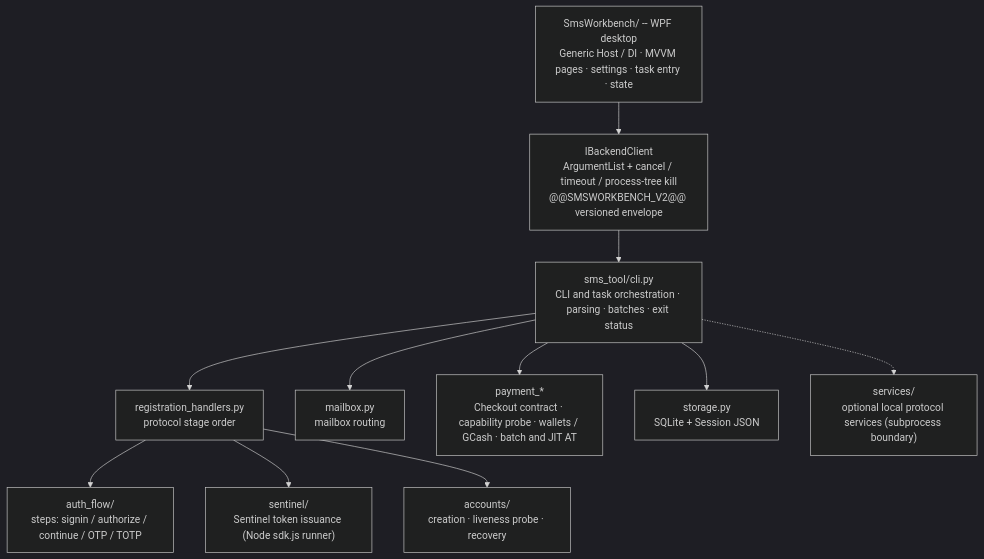
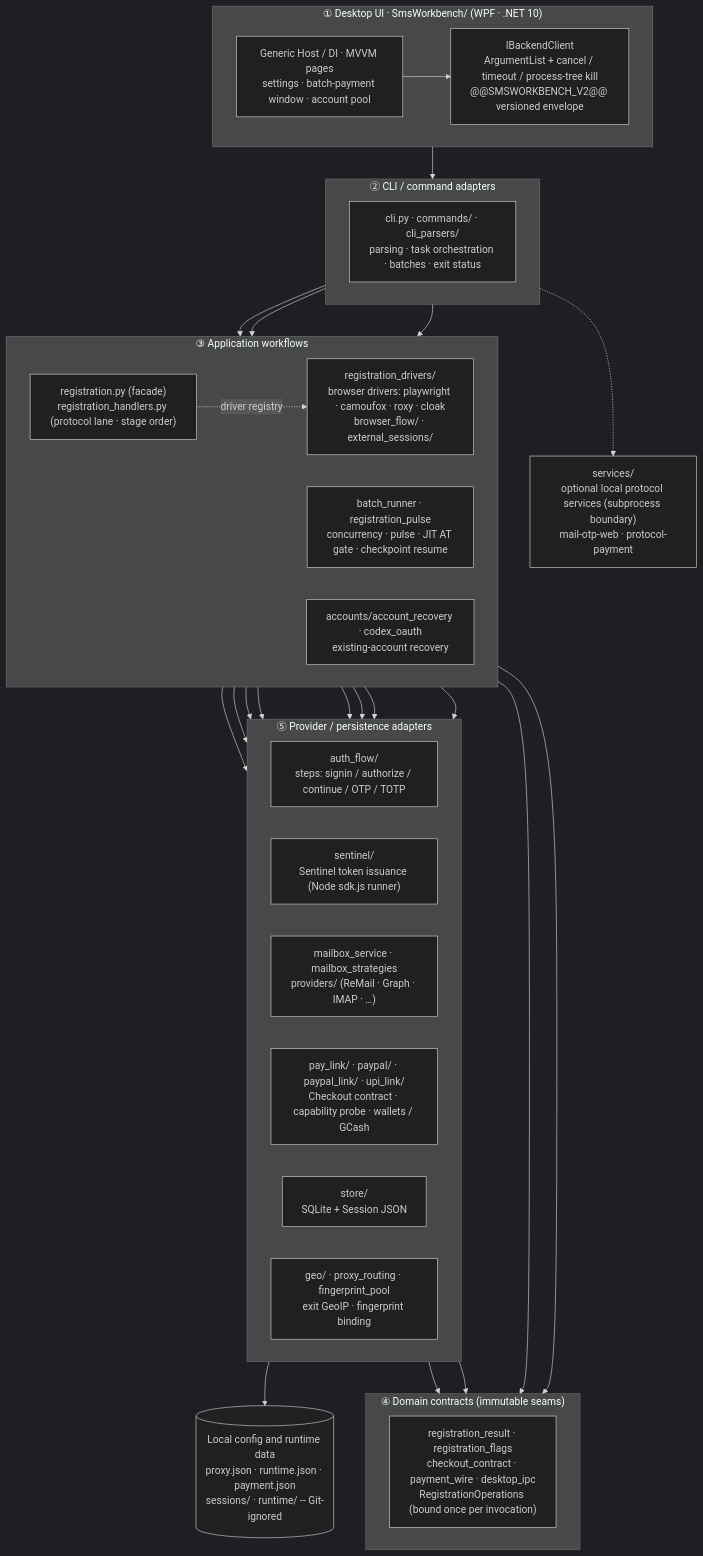
The diagram in README_EN.md (2951461586/GPT-Register-Tool), drawn with Mermaid (dark theme) before and after one commit. The commit also changed other lines of this file and 1 other file, not shown here.

Commit message:
docs(readme): rebuild the architecture overview as a five-layer diagram
The old diagram was a flat 11-node flowchart whose module names had drifted:
mailbox.py (now mailbox_service + mailbox_strategies + providers/), storage.py
(now store/), and a vague payment_* node.  It also omitted the browser driver
registry, the pay_link / paypal / paypal_link / upi_link split, geo + proxy
routing, the subprocess boundary for services/, and the Git-ignored local
state.

Replaced with a layered flowchart that mirrors docs/architecture.md's
"Dependency Direction" model -- UI -> CLI / command adapters -> application
workflows -> domain contracts -> provider / persistence adapters -- with one
subgraph per layer.  It now also shows the two registration lanes (protocol,
the built-in default, vs the browser drivers behind the registry), the
services/ subprocess boundary, and the local config/data that stays out of Git.
README.md and README_EN.md are updated in sync.

Verified: both diagrams parse through a mermaid parser with 0 warnings .
docs_consistency_scan (release pointer intact) . test_docs_consistency .
test_audit_index_completeness . line_ending_guard.

````diff
--- a/README_EN.md
+++ b/README_EN.md
@@ -48,24 +50,59 @@
 ```mermaid
 flowchart TB
-    W["SmsWorkbench/ -- WPF desktop<br/>Generic Host / DI · MVVM pages · settings · task entry · state"]
-    B["IBackendClient<br/>ArgumentList + cancel / timeout / process-tree kill<br/>@@SMSWORKBENCH_V2@@ versioned envelope"]
-    CLI["sms_tool/cli.py<br/>CLI and task orchestration · parsing · batches · exit status"]
-    REG["registration_handlers.py<br/>protocol stage order"]
-    AF["auth_flow/<br/>steps: signin / authorize / continue / OTP / TOTP"]
-    SEN["sentinel/<br/>Sentinel token issuance (Node sdk.js runner)"]
-    ACC["accounts/<br/>creation · liveness probe · recovery"]
-    MB["mailbox.py<br/>mailbox routing"]
-    PAY["payment_*<br/>Checkout contract · capability probe · wallets / GCash · batch and JIT AT"]
-    STO["storage.py<br/>SQLite + Session JSON"]
-    SVC["services/<br/>optional local protocol services (subprocess boundary)"]
+    subgraph L1["① Desktop UI · SmsWorkbench/ (WPF · .NET 10)"]
+        direction LR
+        PANEL["Generic Host / DI · MVVM pages<br/>settings · batch-payment window · account pool"]
+        IPC["IBackendClient<br/>ArgumentList + cancel / timeout / process-tree kill<br/>@@SMSWORKBENCH_V2@@ versioned envelope"]
+    end
 
-    W --> B --> CLI
+    subgraph L2["② CLI / command adapters"]
+        direction LR
+        CLI["cli.py · commands/ · cli_parsers/<br/>parsing · task orchestration · batches · exit status"]
+    end
+
+    subgraph L3["③ Application workflows"]
+        direction LR
+        REG["registration.py (facade)<br/>registration_handlers.py (protocol lane · stage order)"]
+        DRV["registration_drivers/<br/>browser drivers: playwright · camoufox · roxy · cloak<br/>browser_flow/ · external_sessions/"]
+        BATCH["batch_runner · registration_pulse<br/>concurrency · pulse · JIT AT gate · checkpoint resume"]
+        REC["accounts/account_recovery · codex_oauth<br/>existing-account recovery"]
+    end
+
+    subgraph L4["④ Domain contracts (immutable seams)"]
+        direction LR
+        SEAM["registration_result · registration_flags<br/>checkout_contract · payment_wire · desktop_ipc<br/>RegistrationOperations (bound once per invocation)"]
+    end
+
+    subgraph L5["⑤ Provider / persistence adapters"]
+        direction LR
+        AF["auth_flow/<br/>steps: signin / authorize / continue / OTP / TOTP"]
+        SEN["sentinel/<br/>Sentinel token issuance (Node sdk.js runner)"]
+        MB["mailbox_service · mailbox_strategies<br/>providers/ (ReMail · Graph · IMAP · …)"]
+        PAY["pay_link/ · paypal/ · paypal_link/ · upi_link/<br/>Checkout contract · capability probe · wallets / GCash"]
+        STO["store/<br/>SQLite + Session JSON"]
+        GEO["geo/ · proxy_routing · fingerprint_pool<br/>exit GeoIP · fingerprint binding"]
+    end
+
+    SVC["services/<br/>optional local protocol services (subprocess boundary)<br/>mail-otp-web · protocol-payment"]
+    LOCAL[("Local config and runtime data<br/>proxy.json · runtime.json · payment.json<br/>sessions/ · runtime/ -- Git-ignored")]
+
+    PANEL --> IPC --> CLI
     CLI --> REG
+    CLI --> BATCH
+    CLI --> REC
     REG --> AF
     REG --> SEN
-    REG --> ACC
-    CLI --> MB
-    CLI --> PAY
-    CLI --> STO
+    REG --> MB
+    REG --> GEO
+    REG --> STO
+    REG -. driver registry .-> DRV
+    DRV --> SEN
+    BATCH --> PAY
+    BATCH --> STO
+    REG --> SEAM
+    BATCH --> SEAM
+    AF --> SEAM
+    PAY --> SEAM
+    STO --> LOCAL
     CLI -.-> SVC
 ```
````
